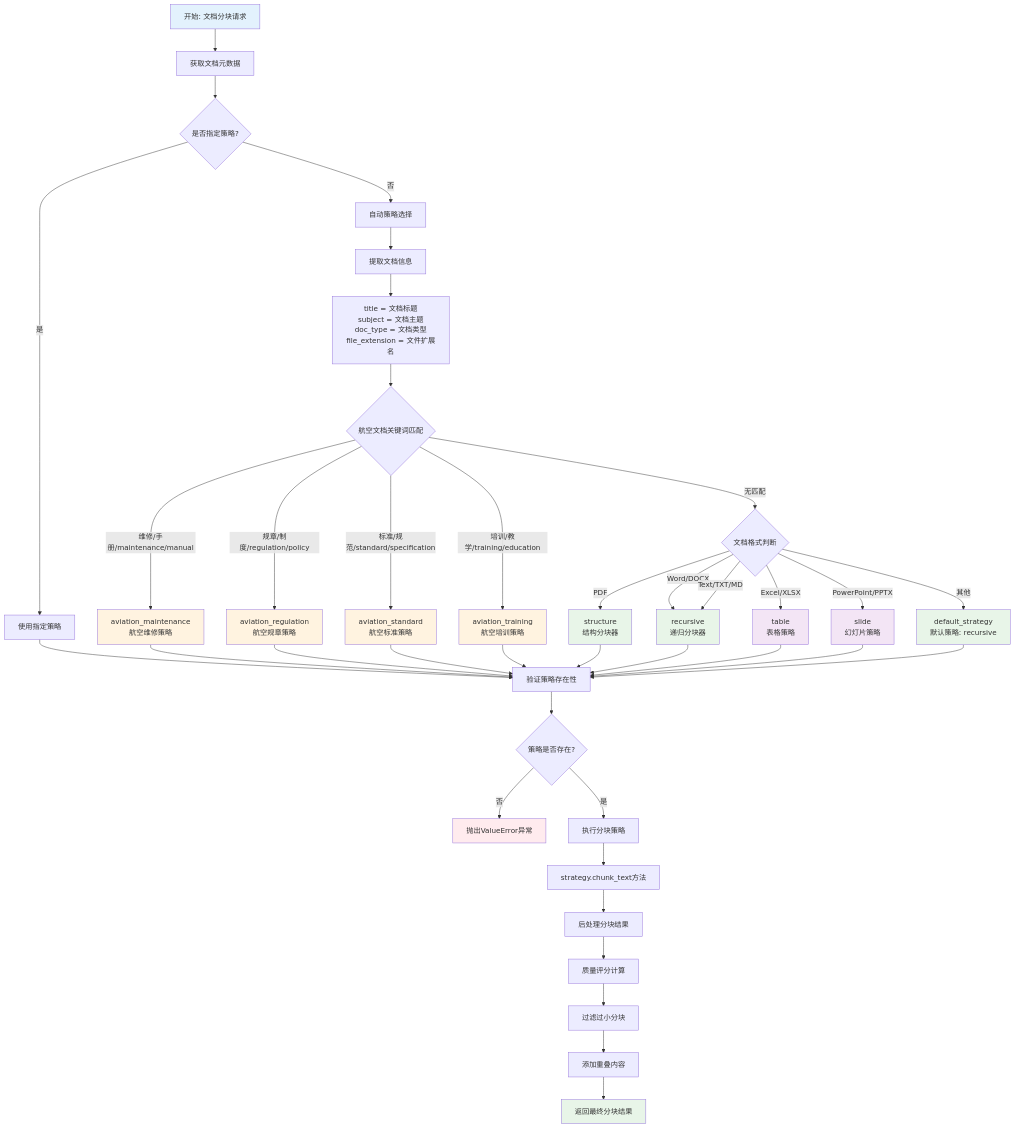
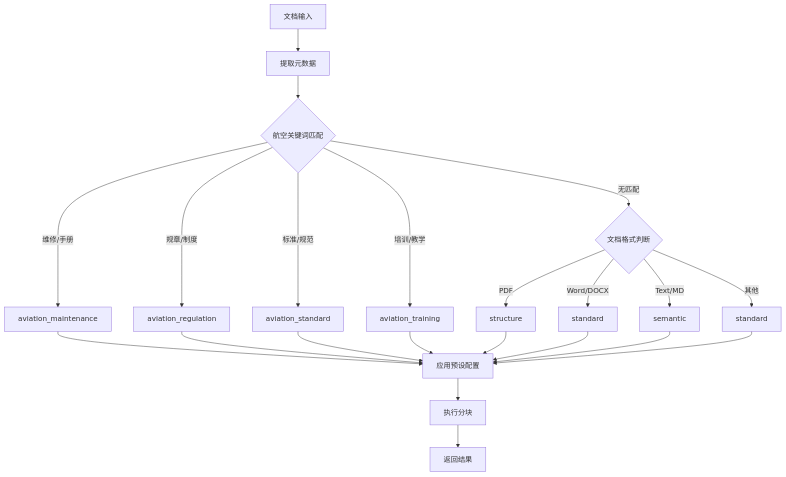
One commit to mrsniperz/quickstart-resources changed the second of 2 diagrams in rag_flow/src/core/document_processor/chunking/README.md. Above: the diagram before and after it, drawn with Mermaid. The commit also changed other lines of this file and 34 other files, not shown here.

````diff
--- a/rag_flow/src/core/document_processor/chunking/README.md
+++ b/rag_flow/src/core/document_processor/chunking/README.md
@@ -371,59 +325,28 @@
 ```mermaid
 flowchart TD
-    A[开始: 文档分块请求] --> B[获取文档元数据]
-    B --> C{是否指定策略?}
-    C -->|是| D[使用指定策略]
-    C -->|否| E[自动策略选择]
+    A[文档输入] --> B[提取元数据]
+    B --> C{航空关键词匹配}
 
-    E --> F[提取文档信息]
-    F --> G[title = 文档标题<br/>subject = 文档主题<br/>doc_type = 文档类型<br/>file_extension = 文件扩展名]
+    C -->|维修/手册| D[aviation_maintenance]
+    C -->|规章/制度| E[aviation_regulation]
+    C -->|标准/规范| F[aviation_standard]
+    C -->|培训/教学| G[aviation_training]
 
-    G --> H{航空文档关键词匹配}
-    H -->|维修/手册/maintenance/manual| I[aviation_maintenance<br/>航空维修策略]
-    H -->|规章/制度/regulation/policy| J[aviation_regulation<br/>航空规章策略]
-    H -->|标准/规范/standard/specification| K[aviation_standard<br/>航空标准策略]
-    H -->|培训/教学/training/education| L[aviation_training<br/>航空培训策略]
+    C -->|无匹配| H{文档格式判断}
+    H -->|PDF| I[structure]
+    H -->|Word/DOCX| J[standard]
+    H -->|Text/MD| K[semantic]
+    H -->|其他| L[standard]
 
-    H -->|无匹配| M{文档格式判断}
-    M -->|PDF| N[structure<br/>结构分块器]
-    M -->|Word/DOCX| O[recursive<br/>递归分块器]
-    M -->|Text/TXT/MD| O
-    M -->|Excel/XLSX| P[table<br/>表格策略]
-    M -->|PowerPoint/PPTX| Q[slide<br/>幻灯片策略]
-    M -->|其他| R[default_strategy<br/>默认策略: recursive]
+    D --> M[应用预设配置]
+    E --> M
+    F --> M
+    G --> M
+    I --> M
+    J --> M
+    K --> M
+    L --> M
 
-    D --> S[验证策略存在性]
-    I --> S
-    J --> S
-    K --> S
-    L --> S
-    N --> S
-    O --> S
-    P --> S
-    Q --> S
-    R --> S
-
-    S --> T{策略是否存在?}
-    T -->|否| U[抛出ValueError异常]
-    T -->|是| V[执行分块策略]
-
-    V --> W[strategy.chunk_text方法]
-    W --> X[后处理分块结果]
-    X --> Y[质量评分计算]
-    Y --> Z[过滤过小分块]
-    Z --> AA[添加重叠内容]
-    AA --> BB[返回最终分块结果]
-
-    style A fill:#e3f2fd
-    style I fill:#fff3e0
-    style J fill:#fff3e0
-    style K fill:#fff3e0
-    style L fill:#fff3e0
-    style N fill:#e8f5e8
-    style O fill:#e8f5e8
-    style P fill:#f3e5f5
-    style Q fill:#f3e5f5
-    style R fill:#e8f5e8
-    style U fill:#ffebee
-    style BB fill:#e8f5e8
+    M --> N[执行分块]
+    N --> O[返回结果]
 ```
````
